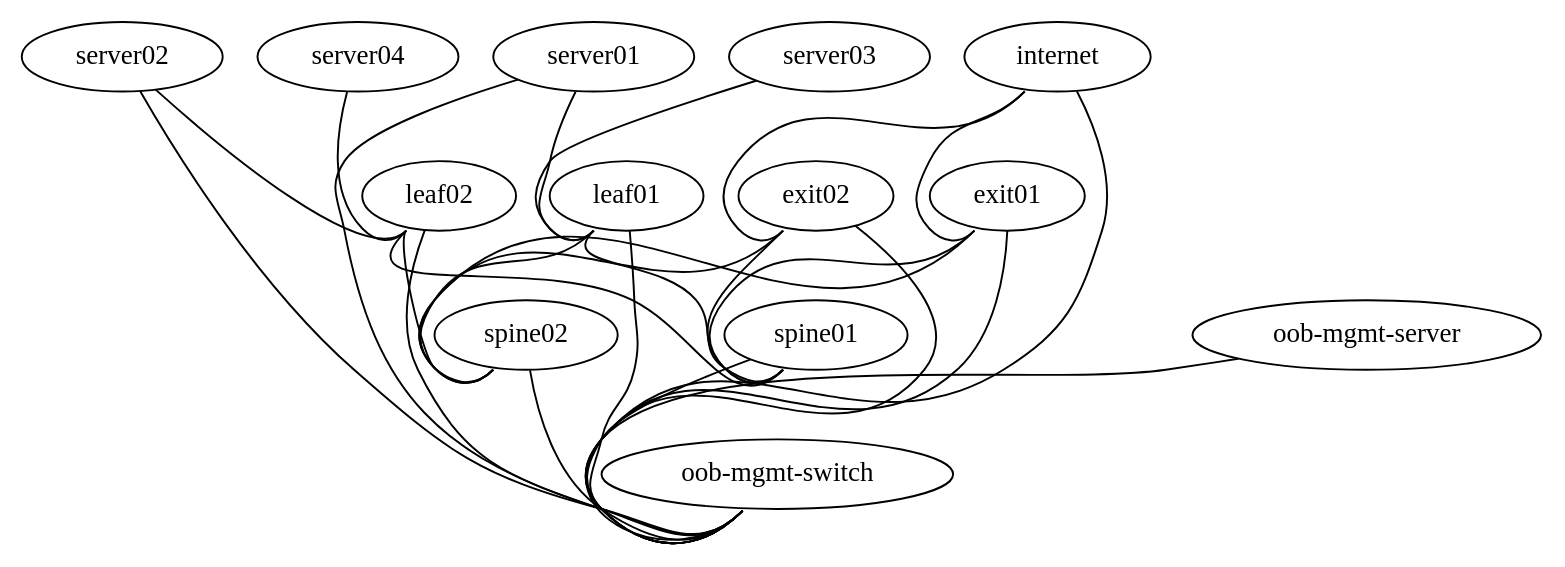
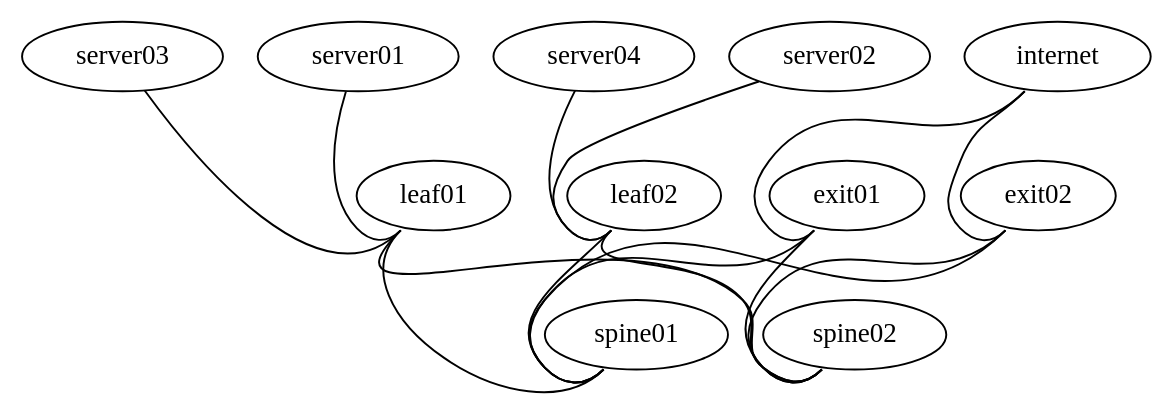
Before and after one commit to Cloudofyou/cconp-lab: the diagram in topology.dot, drawn with Graphviz. The commit also changed 91 other files, not shown here.

```diff
--- a/topology.dot
+++ b/topology.dot
@@ -1,44 +1,31 @@
 graph vx {
  "leaf01" [function="leaf" os="CumulusCommunity/cumulus-vx" version="3.7.3" memory="768" config="./helper_scripts/config_switch.sh" ]
  "leaf02" [function="leaf" os="CumulusCommunity/cumulus-vx" version="3.7.3" memory="768" config="./helper_scripts/config_switch.sh" ]
  "spine01" [function="spine" os="CumulusCommunity/cumulus-vx" version="3.7.3" memory="768" config="./helper_scripts/config_switch.sh" ]
  "spine02" [function="spine" os="CumulusCommunity/cumulus-vx" version="3.7.3" memory="768" config="./helper_scripts/config_switch.sh" ]
  "exit01" [function="exit" os="CumulusCommunity/cumulus-vx" version="3.7.3" memory="768" config="./helper_scripts/config_switch.sh" ]
  "exit02" [function="exit" os="CumulusCommunity/cumulus-vx" version="3.7.3" memory="768" config="./helper_scripts/config_switch.sh" ]
  "server01" [function="host" os="yk0/ubuntu-xenial" memory="512" config="./helper_scripts/config_server.sh" ]
  "server02" [function="host" os="yk0/ubuntu-xenial" memory="512" config="./helper_scripts/config_server.sh" ]
  "server03" [function="host" os="yk0/ubuntu-xenial" memory="512" config="./helper_scripts/config_server.sh" ]
  "server04" [function="host" os="yk0/ubuntu-xenial" memory="512" config="./helper_scripts/config_server.sh" ]
  "internet" [function="internet" vagrant="swp48" os="CumulusCommunity/cumulus-vx" version="3.7.3" memory="768" config="./helper_scripts/config_internet.sh" ]
- "oob-mgmt-switch" [function="oob-switch" vagrant="eth0" os="CumulusCommunity/cumulus-vx" version="3.7.3" memory="768" config="./helper_scripts/config_oob_switch.sh" ]
- "oob-mgmt-server" [function="oob-server" vagrant="eth0" os="CumulusCommunity/vx_oob_server" version="1.0.4" memory="1024" config="./helper_scripts/config_oob_server.sh" ]
 
  "leaf01":"swp51" -- "spine01":"swp1"
  "leaf02":"swp51" -- "spine01":"swp2"
  "leaf01":"swp52" -- "spine02":"swp1"
  "leaf02":"swp52" -- "spine02":"swp2"
 
  "server01":"eth1" -- "leaf01":"swp1" [left_mac="00:03:00:11:11:01"]
  "server02":"eth2" -- "leaf02":"swp2" [left_mac="00:03:00:22:22:02"]
  "server03":"eth2" -- "leaf01":"swp2" [left_mac="00:03:00:33:33:01"]
  "server04":"eth1" -- "leaf02":"swp1" [left_mac="00:03:00:33:33:02"]
 
  "exit01":"swp51" -- "spine01":"swp30"
  "exit01":"swp52" -- "spine02":"swp30"
  "exit02":"swp51" -- "spine01":"swp29"
  "exit02":"swp52" -- "spine02":"swp29"
 
  "internet":"swp1" -- "exit01":"swp44"
  "internet":"swp2" -- "exit02":"swp44"
-
- "oob-mgmt-server":"eth1" -- "oob-mgmt-switch":"swp1" [right_mac="a0:00:00:00:00:61"]
- "server01":"eth0" -- "oob-mgmt-switch":"swp2" [left_mac="a0:00:00:00:00:31"]
- "server02":"eth0" -- "oob-mgmt-switch":"swp3" [left_mac="a0:00:00:00:00:32"]
- "leaf01":"eth0" -- "oob-mgmt-switch":"swp6" [left_mac="a0:00:00:00:00:11"]
- "leaf02":"eth0" -- "oob-mgmt-switch":"swp7" [left_mac="a0:00:00:00:00:12"]
- "spine01":"eth0" -- "oob-mgmt-switch":"swp10" [left_mac="a0:00:00:00:00:21"]
- "spine02":"eth0" -- "oob-mgmt-switch":"swp11" [left_mac="a0:00:00:00:00:22"]
- "exit01":"eth0" -- "oob-mgmt-switch":"swp12" [left_mac="a0:00:00:00:00:41"]
- "exit02":"eth0" -- "oob-mgmt-switch":"swp13" [left_mac="a0:00:00:00:00:42"]
- "internet":"eth0" -- "oob-mgmt-switch":"swp15" [left_mac="a0:00:00:00:00:50"]
 }
```
